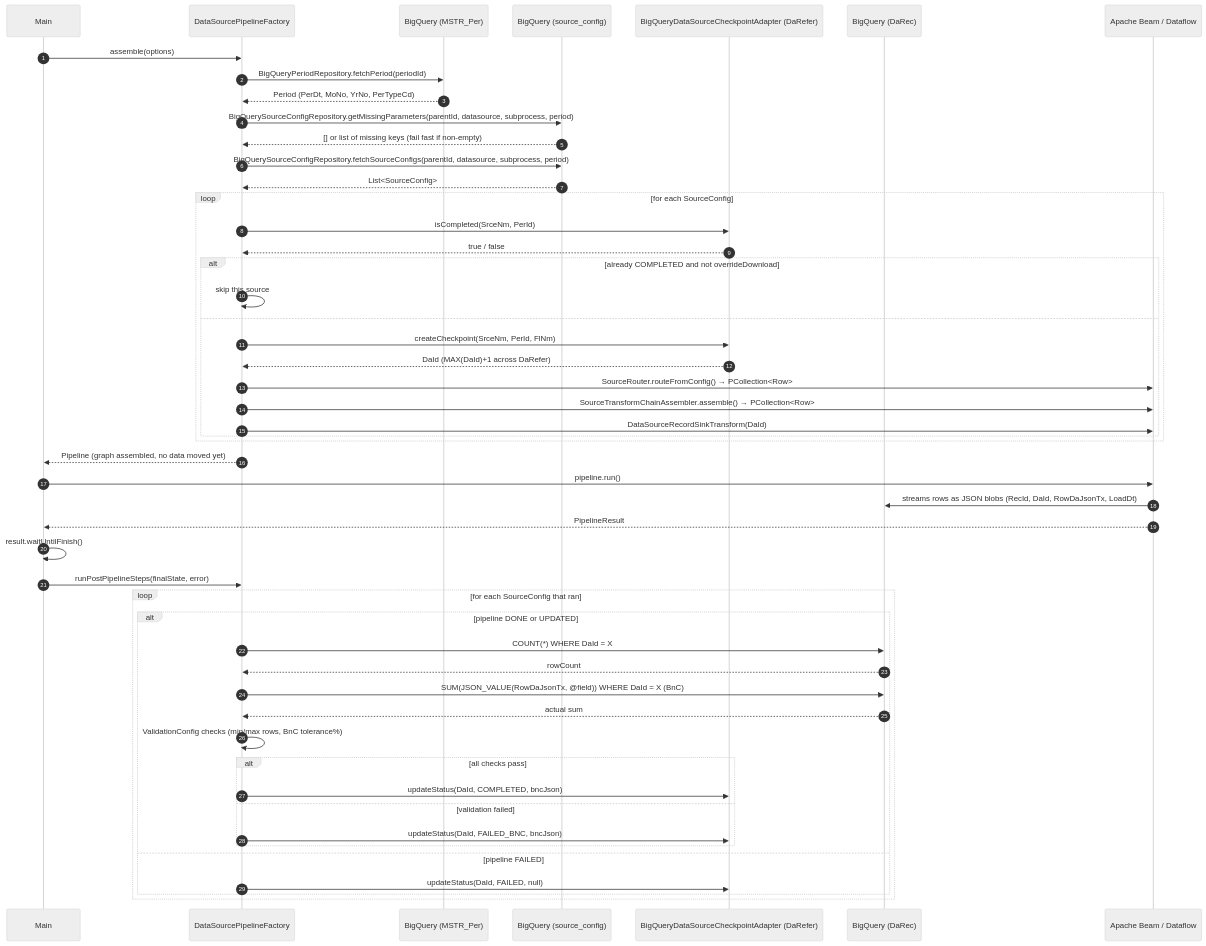
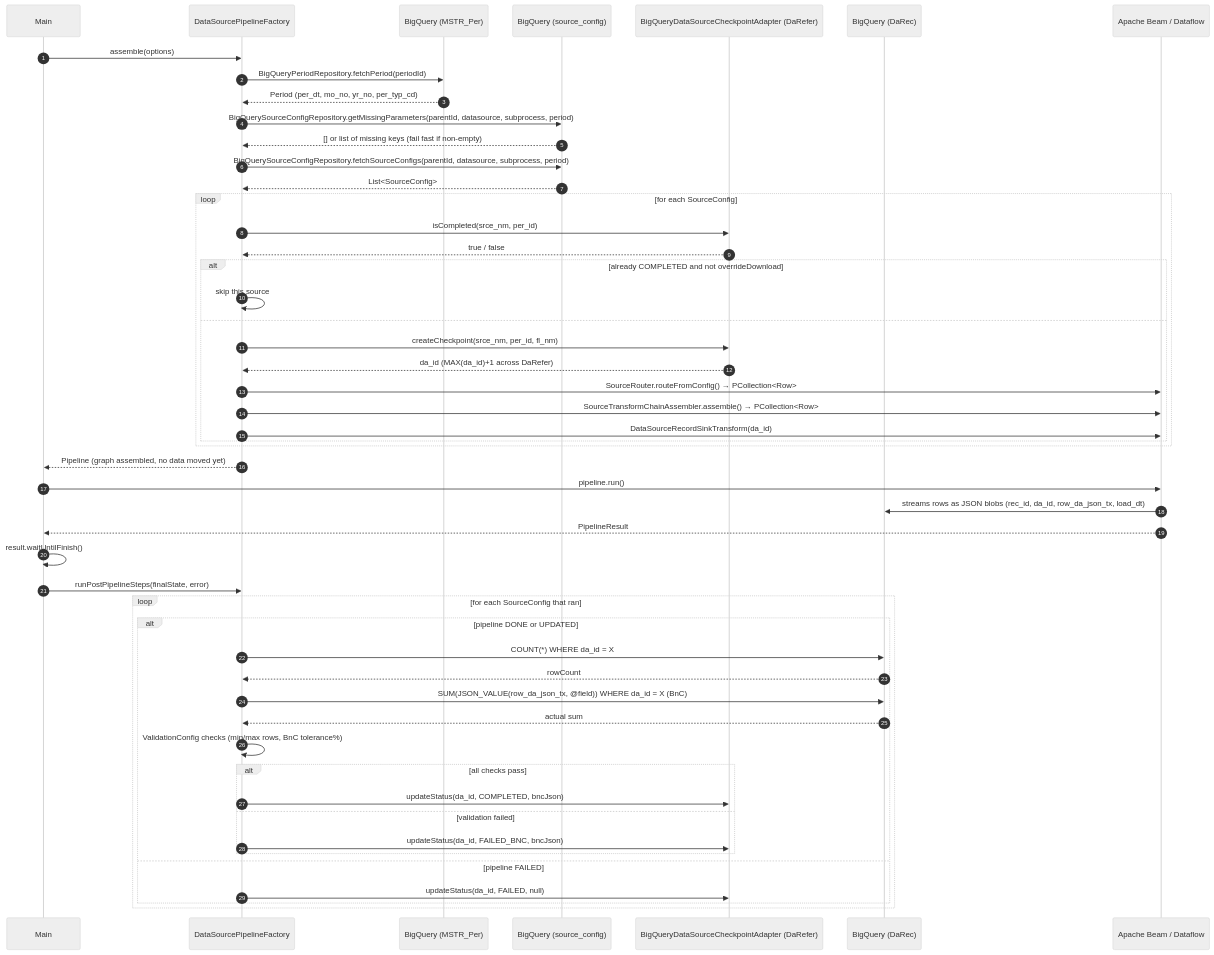
Before and after one commit to tushark-16bit/beam_framework: the third of 13 diagrams in WALKTHROUGH.md, drawn with Mermaid (neutral theme). The commit also changed other lines of this file and 17 other files, not shown here.

````diff
--- a/WALKTHROUGH.md
+++ b/WALKTHROUGH.md
@@ -70,59 +70,59 @@
 ```mermaid
 sequenceDiagram
     autonumber
     participant Main
     participant DSF as DataSourcePipelineFactory
     participant Per as BigQuery (MSTR_Per)
     participant BQCfg as BigQuery (source_config)
     participant Checkpoint as BigQueryDataSourceCheckpointAdapter (DaRefer)
     participant DaRec as BigQuery (DaRec)
     participant Beam as Apache Beam / Dataflow
 
     Main->>DSF: assemble(options)
     DSF->>Per: BigQueryPeriodRepository.fetchPeriod(periodId)
-    Per-->>DSF: Period (PerDt, MoNo, YrNo, PerTypeCd)
+    Per-->>DSF: Period (per_dt, mo_no, yr_no, per_typ_cd)
     DSF->>BQCfg: BigQuerySourceConfigRepository.getMissingParameters(parentId, datasource, subprocess, period)
     BQCfg-->>DSF: [] or list of missing keys (fail fast if non-empty)
     DSF->>BQCfg: BigQuerySourceConfigRepository.fetchSourceConfigs(parentId, datasource, subprocess, period)
     BQCfg-->>DSF: List<SourceConfig>
 
     loop for each SourceConfig
-        DSF->>Checkpoint: isCompleted(SrceNm, PerId)
+        DSF->>Checkpoint: isCompleted(srce_nm, per_id)
         Checkpoint-->>DSF: true / false
         alt already COMPLETED and not overrideDownload
             DSF->>DSF: skip this source
         else
-            DSF->>Checkpoint: createCheckpoint(SrceNm, PerId, FlNm)
-            Checkpoint-->>DSF: DaId (MAX(DaId)+1 across DaRefer)
+            DSF->>Checkpoint: createCheckpoint(srce_nm, per_id, fl_nm)
+            Checkpoint-->>DSF: da_id (MAX(da_id)+1 across DaRefer)
             DSF->>Beam: SourceRouter.routeFromConfig() → PCollection<Row>
             DSF->>Beam: SourceTransformChainAssembler.assemble() → PCollection<Row>
-            DSF->>Beam: DataSourceRecordSinkTransform(DaId)
+            DSF->>Beam: DataSourceRecordSinkTransform(da_id)
         end
     end
 
     DSF-->>Main: Pipeline (graph assembled, no data moved yet)
 
     Main->>Beam: pipeline.run()
-    Beam->>DaRec: streams rows as JSON blobs (RecId, DaId, RowDaJsonTx, LoadDt)
+    Beam->>DaRec: streams rows as JSON blobs (rec_id, da_id, row_da_json_tx, load_dt)
     Beam-->>Main: PipelineResult
 
     Main->>Main: result.waitUntilFinish()
     Main->>DSF: runPostPipelineSteps(finalState, error)
 
     loop for each SourceConfig that ran
         alt pipeline DONE or UPDATED
-            DSF->>DaRec: COUNT(*) WHERE DaId = X
+            DSF->>DaRec: COUNT(*) WHERE da_id = X
             DaRec-->>DSF: rowCount
-            DSF->>DaRec: SUM(JSON_VALUE(RowDaJsonTx, @field)) WHERE DaId = X (BnC)
+            DSF->>DaRec: SUM(JSON_VALUE(row_da_json_tx, @field)) WHERE da_id = X (BnC)
             DaRec-->>DSF: actual sum
             DSF->>DSF: ValidationConfig checks (min/max rows, BnC tolerance%)
             alt all checks pass
-                DSF->>Checkpoint: updateStatus(DaId, COMPLETED, bncJson)
+                DSF->>Checkpoint: updateStatus(da_id, COMPLETED, bncJson)
             else validation failed
-                DSF->>Checkpoint: updateStatus(DaId, FAILED_BNC, bncJson)
+                DSF->>Checkpoint: updateStatus(da_id, FAILED_BNC, bncJson)
             end
         else pipeline FAILED
-            DSF->>Checkpoint: updateStatus(DaId, FAILED, null)
+            DSF->>Checkpoint: updateStatus(da_id, FAILED, null)
         end
     end
 ```
````
